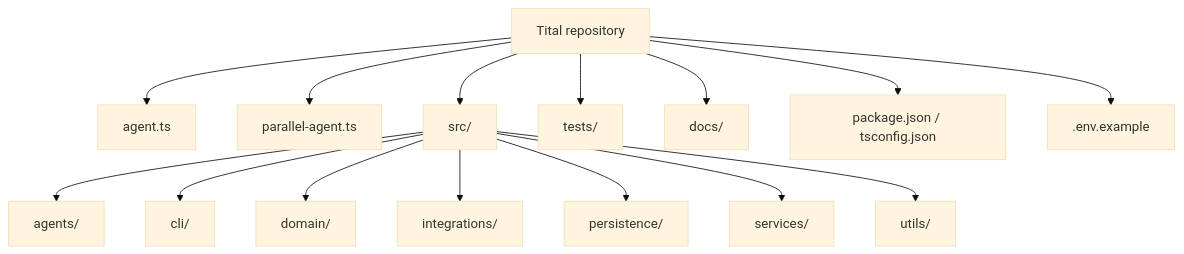
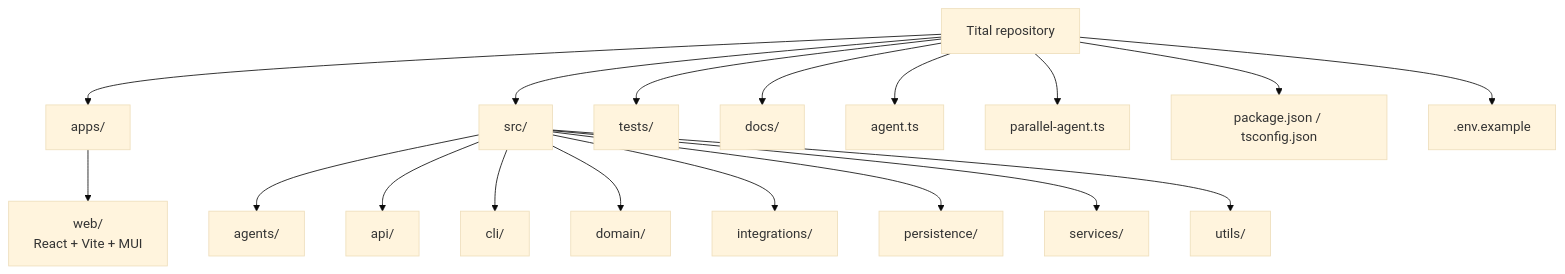
One commit to amin076/tital changed the first of 2 diagrams in docs/architecture/repository-structure.md. Above: the diagram before and after it, drawn with Mermaid (base theme). The commit also changed other lines of this file, not shown here.

Commit message:
docs: include web and API in repository structure

````diff
--- a/docs/architecture/repository-structure.md
+++ b/docs/architecture/repository-structure.md
@@ -5,19 +7,23 @@
 ```mermaid
 graph TD
     ROOT[Tital repository]
-    ROOT --> A[agent.ts]
-    ROOT --> PA[parallel-agent.ts]
+    ROOT --> APP[apps/]
     ROOT --> SRC[src/]
     ROOT --> T[tests/]
     ROOT --> D[docs/]
+    ROOT --> A[agent.ts]
+    ROOT --> PA[parallel-agent.ts]
     ROOT --> PKG[package.json / tsconfig.json]
     ROOT --> ENV[.env.example]
 
+    APP --> WEB[web/\nReact + Vite + MUI]
+
     SRC --> AG[agents/]
+    SRC --> API[api/]
     SRC --> CLI[cli/]
     SRC --> DOM[domain/]
     SRC --> INT[integrations/]
     SRC --> PER[persistence/]
     SRC --> SVC[services/]
     SRC --> U[utils/]
 ```
````
